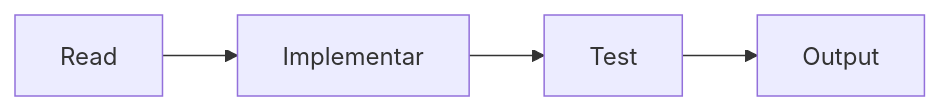
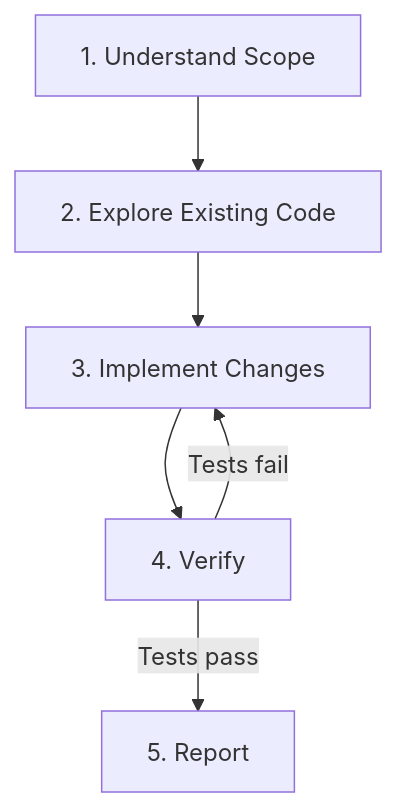
Before and after one commit to MaciWP/claude-code-poneglyph: the first of 2 diagrams in .claude/agents/builder.md, drawn with Mermaid. The commit also changed other lines of this file and 44 other files, not shown here.

````diff
--- a/.claude/agents/builder.md
+++ b/.claude/agents/builder.md
@@ -52,6 +64,8 @@
 ```mermaid
-graph LR
-    R[Read] --> I[Implementar]
-    I --> T[Test]
-    T --> O[Output]
+graph TD
+    S1[1. Understand Scope] --> S2[2. Explore Existing Code]
+    S2 --> S3[3. Implement Changes]
+    S3 --> S4[4. Verify]
+    S4 -->|Tests fail| S3
+    S4 -->|Tests pass| S5[5. Report]
 ```
````
